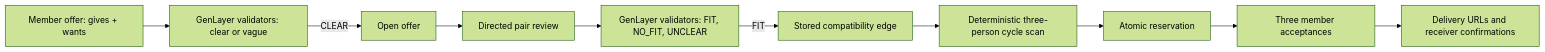
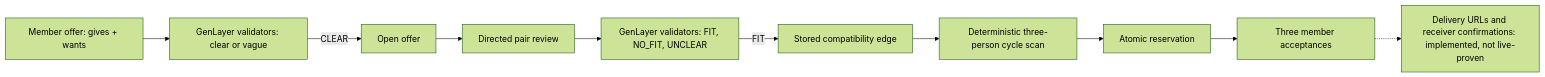
One commit to smokexbadlines-dot/skillloop-genlayer changed the diagram in README.md. Above: the diagram before and after it, drawn with Mermaid (forest theme). The commit also changed other lines of this file and 8 other files, not shown here.

````diff
--- a/README.md
+++ b/README.md
@@ -15,12 +15,12 @@
 ```mermaid
 flowchart LR
   A[Member offer: gives + wants] --> J[GenLayer validators: clear or vague]
   J -->|CLEAR| O[Open offer]
   O --> P[Directed pair review]
   P --> V[GenLayer validators: FIT, NO_FIT, UNCLEAR]
   V -->|FIT| E[Stored compatibility edge]
   E --> C[Deterministic three-person cycle scan]
   C --> R[Atomic reservation]
   R --> X[Three member acceptances]
-  X --> D[Delivery URLs and receiver confirmations]
+  X -.-> D[Delivery URLs and receiver confirmations: implemented, not live-proven]
 ```
````
